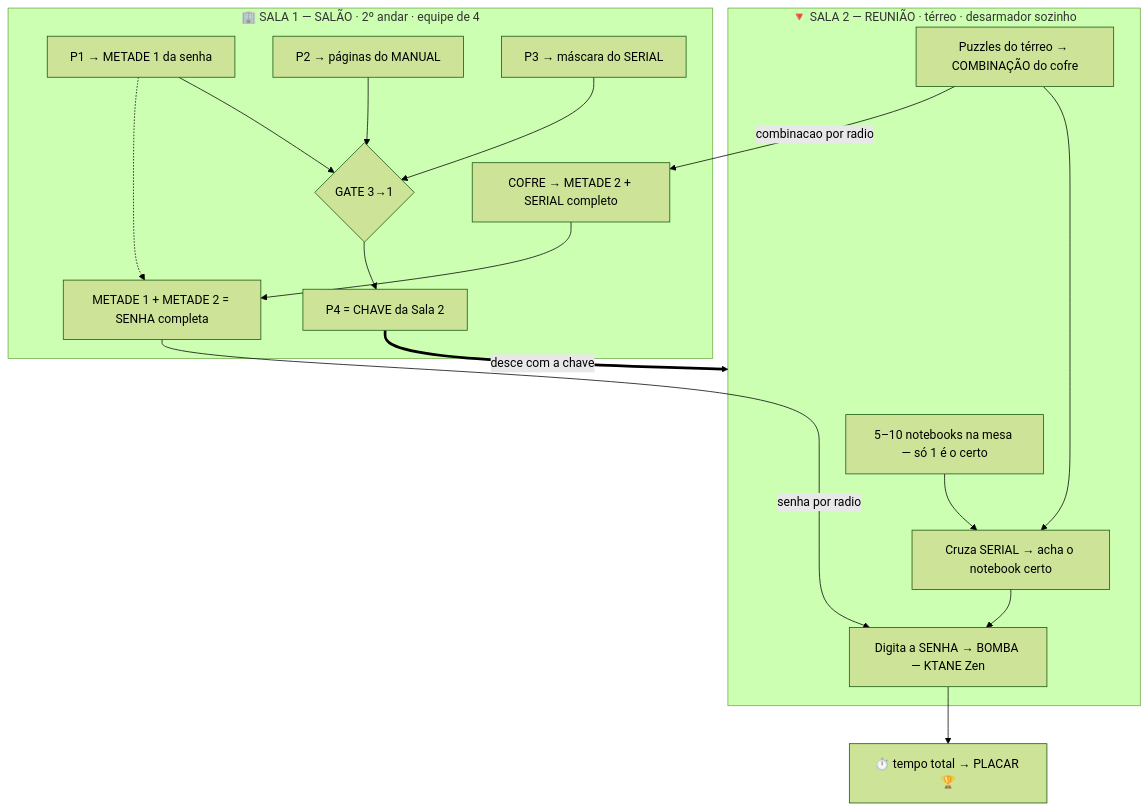
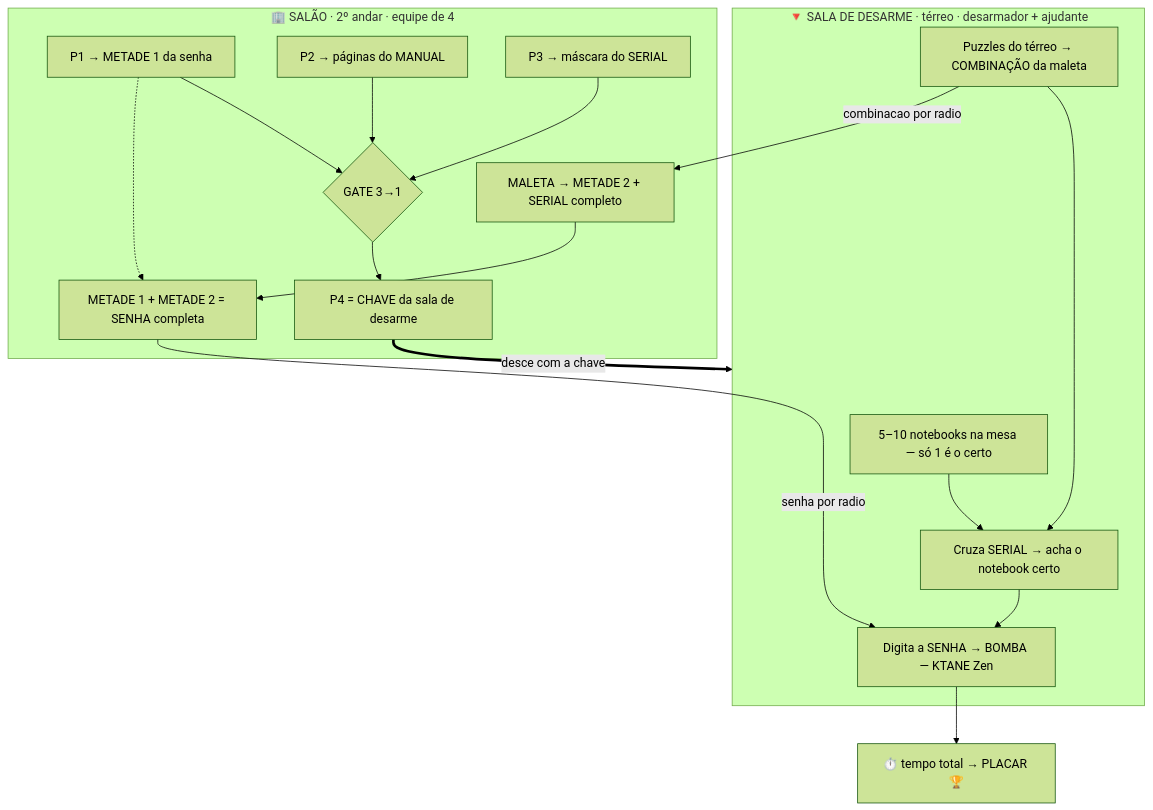
Before and after one commit to eltoncezar/escape-room-iatec: the diagram in README.md, drawn with Mermaid (forest theme). The commit also changed other lines of this file and 8 other files, not shown here.

````diff
--- a/README.md
+++ b/README.md
@@ -43,33 +54,33 @@
 ```mermaid
 flowchart TB
-    subgraph SALAO["🏢 SALA 1 — SALÃO · 2º andar · equipe de 4"]
+    subgraph SALAO["🏢 SALÃO · 2º andar · equipe de 4"]
         P1["P1 → METADE 1 da senha"]
         P2["P2 → páginas do MANUAL"]
         P3["P3 → máscara do SERIAL"]
         GATE{"GATE 3→1"}
-        P4["P4 = CHAVE da Sala 2"]
-        COFRE["COFRE → METADE 2 + SERIAL completo"]
+        P4["P4 = CHAVE da sala de desarme"]
+        MALETA["MALETA → METADE 2 + SERIAL completo"]
         SENHA["METADE 1 + METADE 2 = SENHA completa"]
         P1 --> GATE
         P2 --> GATE
         P3 --> GATE
         GATE --> P4
-        COFRE --> SENHA
+        MALETA --> SENHA
         P1 -.-> SENHA
     end
 
-    subgraph TERREO["🔻 SALA 2 — REUNIÃO · térreo · desarmador sozinho"]
+    subgraph TERREO["🔻 SALA DE DESARME · térreo · desarmador + ajudante"]
         NOTES["5–10 notebooks na mesa — só 1 é o certo"]
-        T1["Puzzles do térreo → COMBINAÇÃO do cofre"]
+        T1["Puzzles do térreo → COMBINAÇÃO da maleta"]
         ACHA["Cruza SERIAL → acha o notebook certo"]
         BOMBA["Digita a SENHA → BOMBA — KTANE Zen"]
         T1 --> ACHA
         NOTES --> ACHA
         ACHA --> BOMBA
     end
 
     P4 ==>|desce com a chave| TERREO
-    T1 -->|combinacao por radio| COFRE
+    T1 -->|combinacao por radio| MALETA
     SENHA -->|senha por radio| BOMBA
     BOMBA --> PLACAR["⏱️ tempo total → PLACAR 🏆"]
 ```
````
